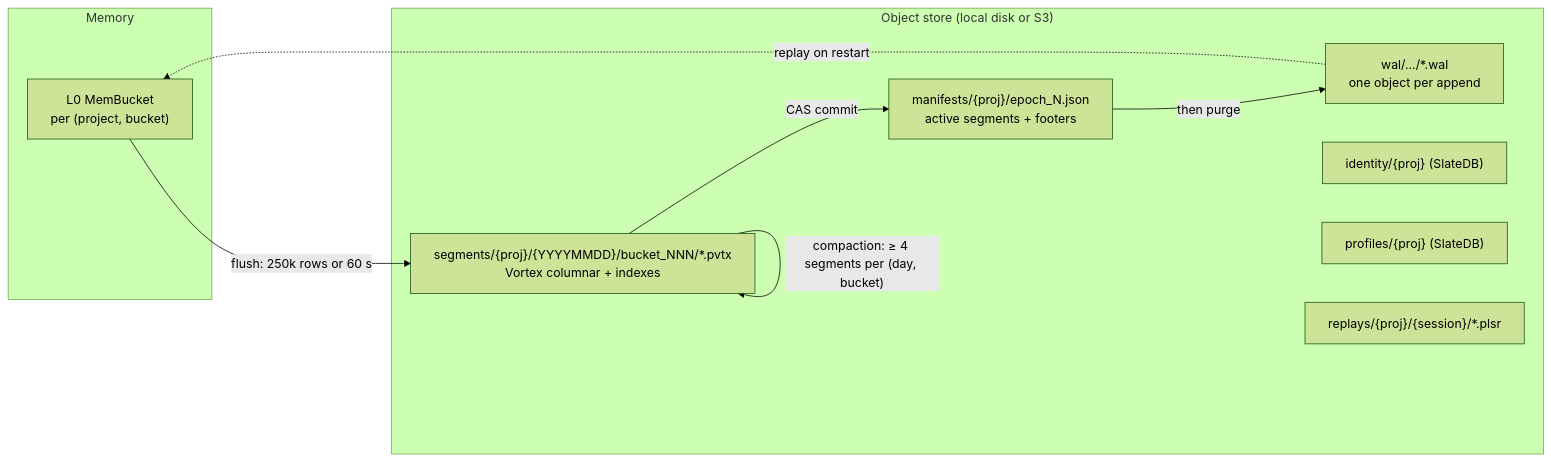
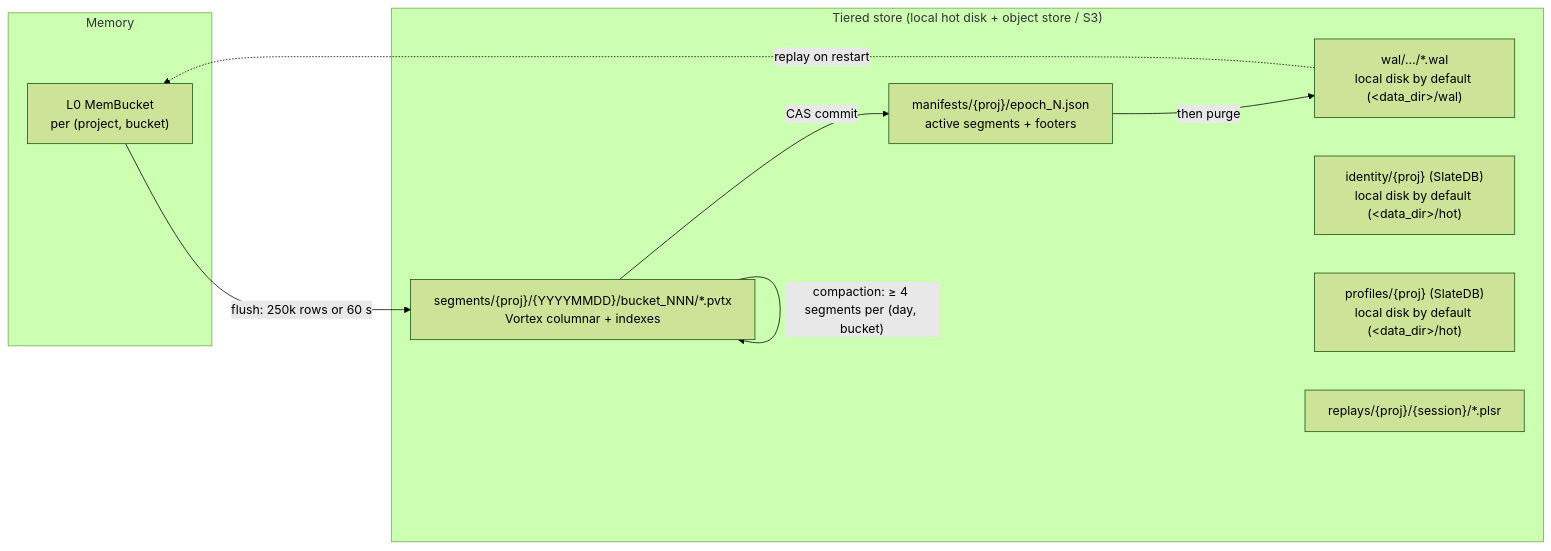
One commit to sswapnil2/analytics-system changed the second of 3 diagrams in docs/how-it-works.md. Above: the diagram before and after it, drawn with Mermaid (forest theme). The commit also changed other lines of this file and 12 other files, not shown here.

Commit message:
storage(T0b): route identity/profiles locally, add mode marker and multipart fsync

````diff
--- a/docs/how-it-works.md
+++ b/docs/how-it-works.md
@@ -90,19 +90,19 @@
 ```mermaid
 flowchart LR
     subgraph mem["Memory"]
         L0["L0 MemBucket<br/>per (project, bucket)"]
     end
-    subgraph os["Object store (local disk or S3)"]
-        WAL["wal/…/*.wal<br/>one object per append"]
+    subgraph os["Tiered store (local hot disk + object store / S3)"]
+        WAL["wal/…/*.wal<br/>local disk by default (&lt;data_dir&gt;/wal)"]
         SEG["segments/{proj}/{YYYYMMDD}/bucket_NNN/*.pvtx<br/>Vortex columnar + indexes"]
         MAN["manifests/{proj}/epoch_N.json<br/>active segments + footers"]
-        ID["identity/{proj} (SlateDB)"]
-        PROF["profiles/{proj} (SlateDB)"]
+        ID["identity/{proj} (SlateDB)<br/>local disk by default (&lt;data_dir&gt;/hot)"]
+        PROF["profiles/{proj} (SlateDB)<br/>local disk by default (&lt;data_dir&gt;/hot)"]
         REP["replays/{proj}/{session}/*.plsr"]
     end
     WAL -. replay on restart .-> L0
     L0 -- "flush: 250k rows or 60 s" --> SEG
     SEG -- "CAS commit" --> MAN
     MAN -- "then purge" --> WAL
     SEG -- "compaction: ≥ 4 segments per (day, bucket)" --> SEG
 ```
````
